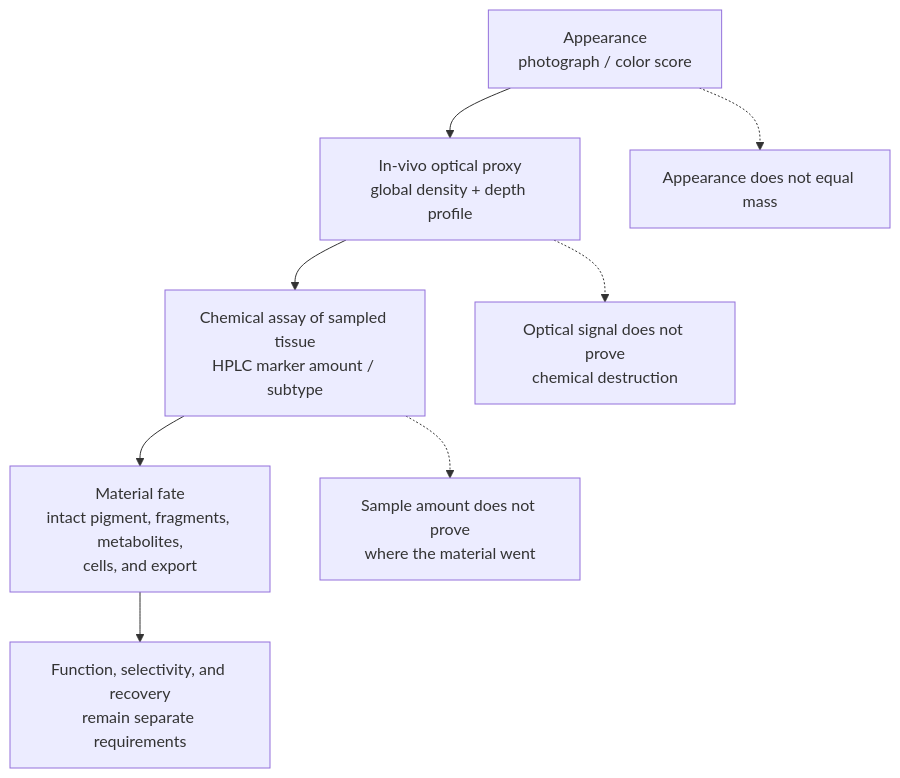
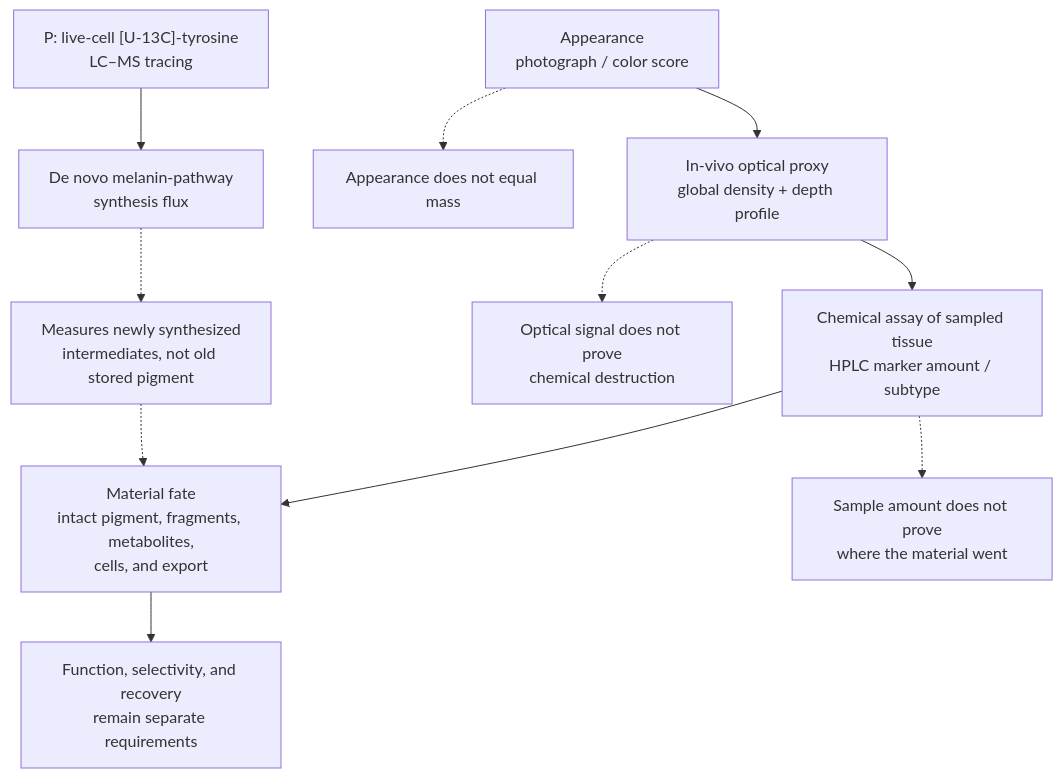
The sixth of 11 diagrams in research/selective-clearance-framework.md (dylanstechmann/iris-color-without-contacts), drawn with Mermaid before and after one commit. The commit also changed other lines of this file, not shown here.

Commit message:
Separate synthesis flux from pigment fate

````diff
--- a/research/selective-clearance-framework.md
+++ b/research/selective-clearance-framework.md
@@ -137,10 +137,13 @@
 ```mermaid
 flowchart TD
     A["Appearance<br/>photograph / color score"] --> B["In-vivo optical proxy<br/>global density + depth profile"]
     B --> C["Chemical assay of sampled tissue<br/>HPLC marker amount / subtype"]
     C --> D["Material fate<br/>intact pigment, fragments, metabolites,<br/>cells, and export"]
     A -.-> X["Appearance does not equal mass"]
     B -.-> Y["Optical signal does not prove<br/>chemical destruction"]
     C -.-> Z["Sample amount does not prove<br/>where the material went"]
+    T["P: live-cell [U-13C]-tyrosine<br/>LC–MS tracing"] --> V["De novo melanin-pathway<br/>synthesis flux"]
+    V -.-> W["Measures newly synthesized<br/>intermediates, not old stored pigment"]
+    W -.-> D
     D --> E["Function, selectivity, and recovery<br/>remain separate requirements"]
 ```
````
